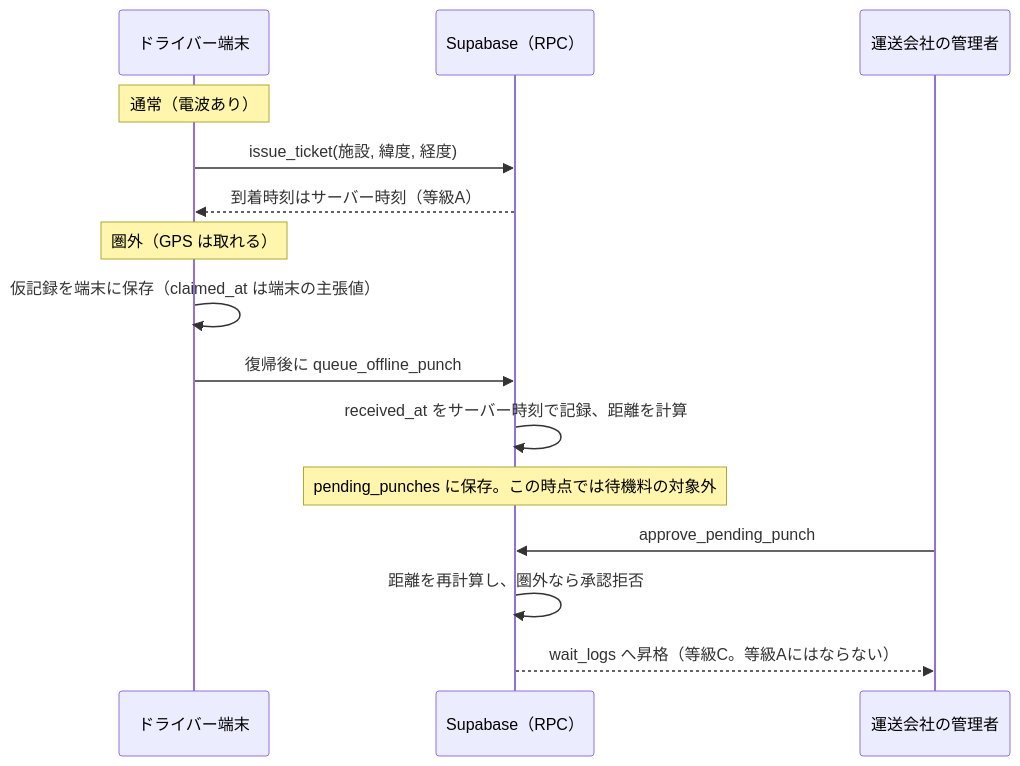
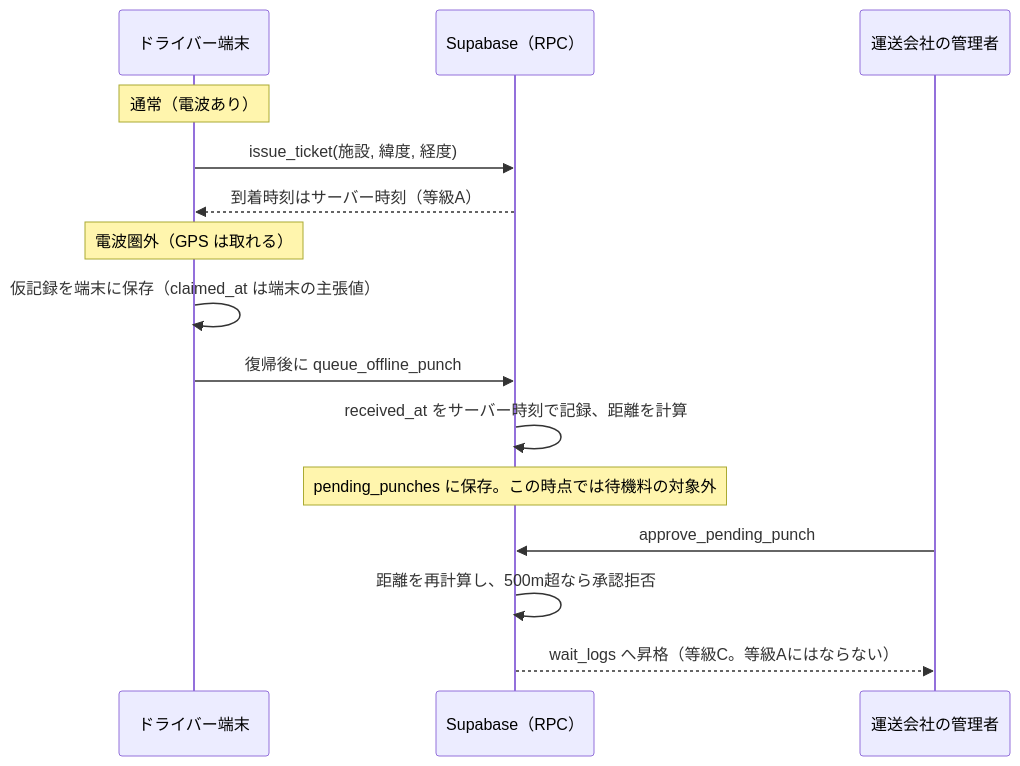
The second of 2 diagrams in shugoshin-logbook/README.md (ryoumatsuda0809-cloud/logi-comp), drawn with Mermaid before and after one commit. The commit also changed other lines of this file and 2 other files, not shown here.

````diff
--- a/shugoshin-logbook/README.md
+++ b/shugoshin-logbook/README.md
@@ -75,17 +82,17 @@
 ```mermaid
 sequenceDiagram
   participant D as ドライバー端末
   participant S as Supabase（RPC）
   participant A as 運送会社の管理者
   Note over D: 通常（電波あり）
   D->>S: issue_ticket(施設, 緯度, 経度)
   S-->>D: 到着時刻はサーバー時刻（等級A）
-  Note over D: 圏外（GPS は取れる）
+  Note over D: 電波圏外（GPS は取れる）
   D->>D: 仮記録を端末に保存（claimed_at は端末の主張値）
   D->>S: 復帰後に queue_offline_punch
   S->>S: received_at をサーバー時刻で記録、距離を計算
   Note over S: pending_punches に保存。この時点では待機料の対象外
   A->>S: approve_pending_punch
-  S->>S: 距離を再計算し、圏外なら承認拒否
+  S->>S: 距離を再計算し、500m超なら承認拒否
   S-->>A: wait_logs へ昇格（等級C。等級Aにはならない）
 ```
````
